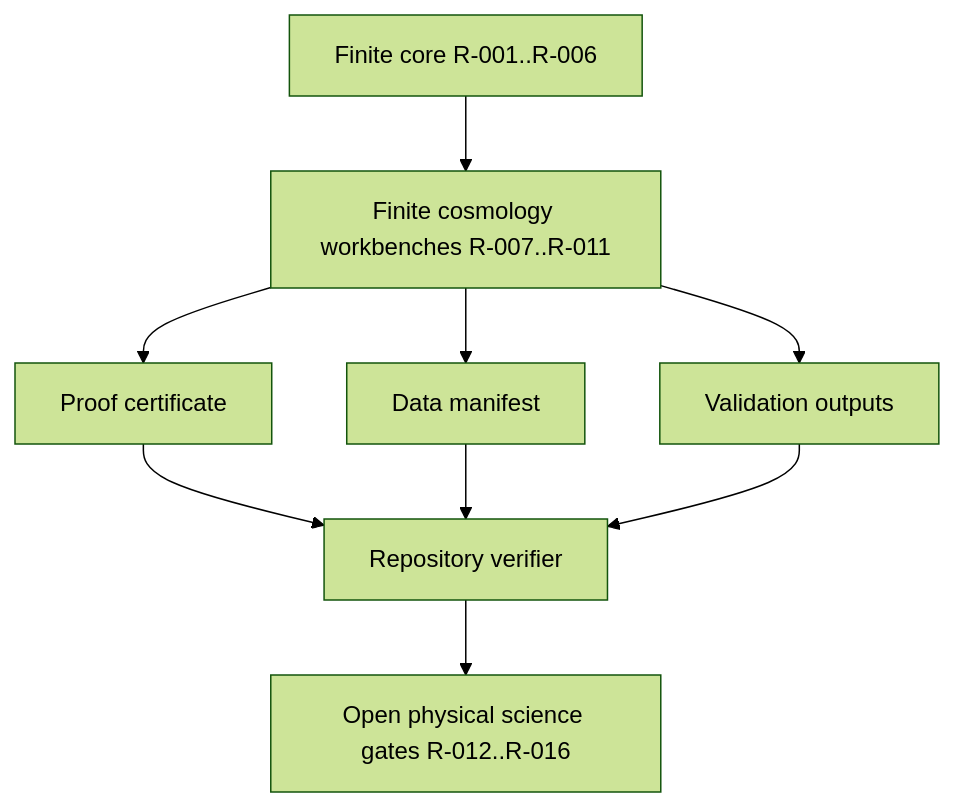
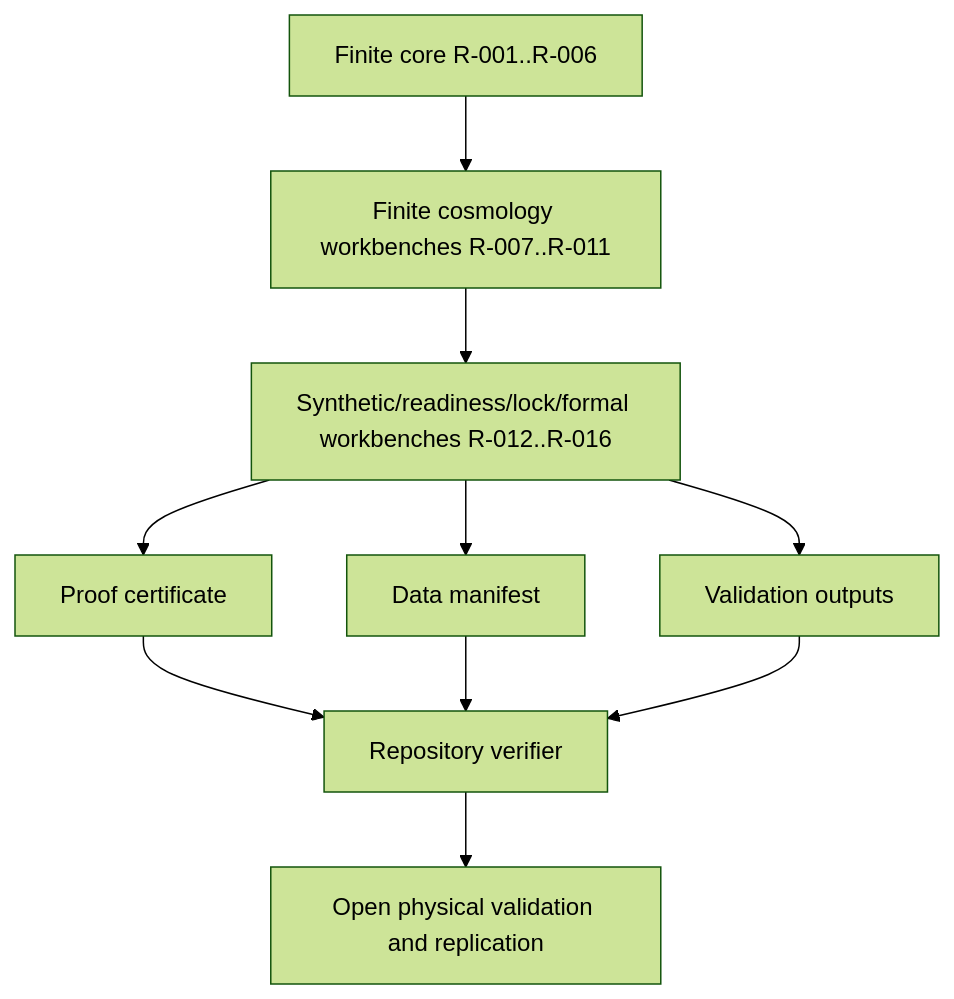
One commit to flynn33/ASH-Model changed the diagram in wiki/Roadmap-Tracker.md. Above: the diagram before and after it, drawn with Mermaid (forest theme). The commit also changed other lines of this file and 10 other files, not shown here.

Commit message:
Refresh roadmap documentation consistency

````diff
--- a/wiki/Roadmap-Tracker.md
+++ b/wiki/Roadmap-Tracker.md
@@ -28,11 +28,12 @@
 ```mermaid
 flowchart TD
     A["Finite core R-001..R-006"] --> B["Finite cosmology workbenches R-007..R-011"]
-    B --> C["Proof certificate"]
-    B --> D["Data manifest"]
-    B --> E["Validation outputs"]
-    C --> F["Repository verifier"]
-    D --> F
-    E --> F
-    F --> G["Open physical science gates R-012..R-016"]
+    B --> C["Synthetic/readiness/lock/formal workbenches R-012..R-016"]
+    C --> D["Proof certificate"]
+    C --> E["Data manifest"]
+    C --> F["Validation outputs"]
+    D --> G["Repository verifier"]
+    E --> G
+    F --> G
+    G --> H["Open physical validation and replication"]
 ```
````
